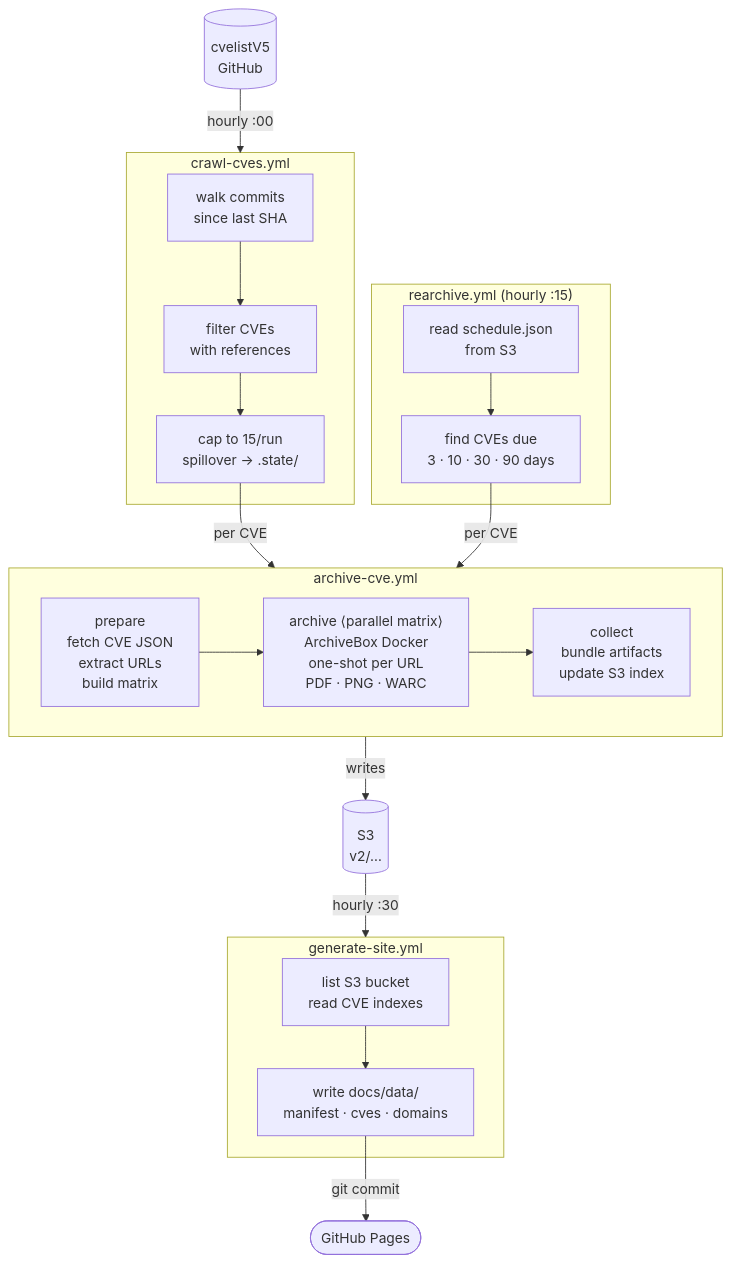
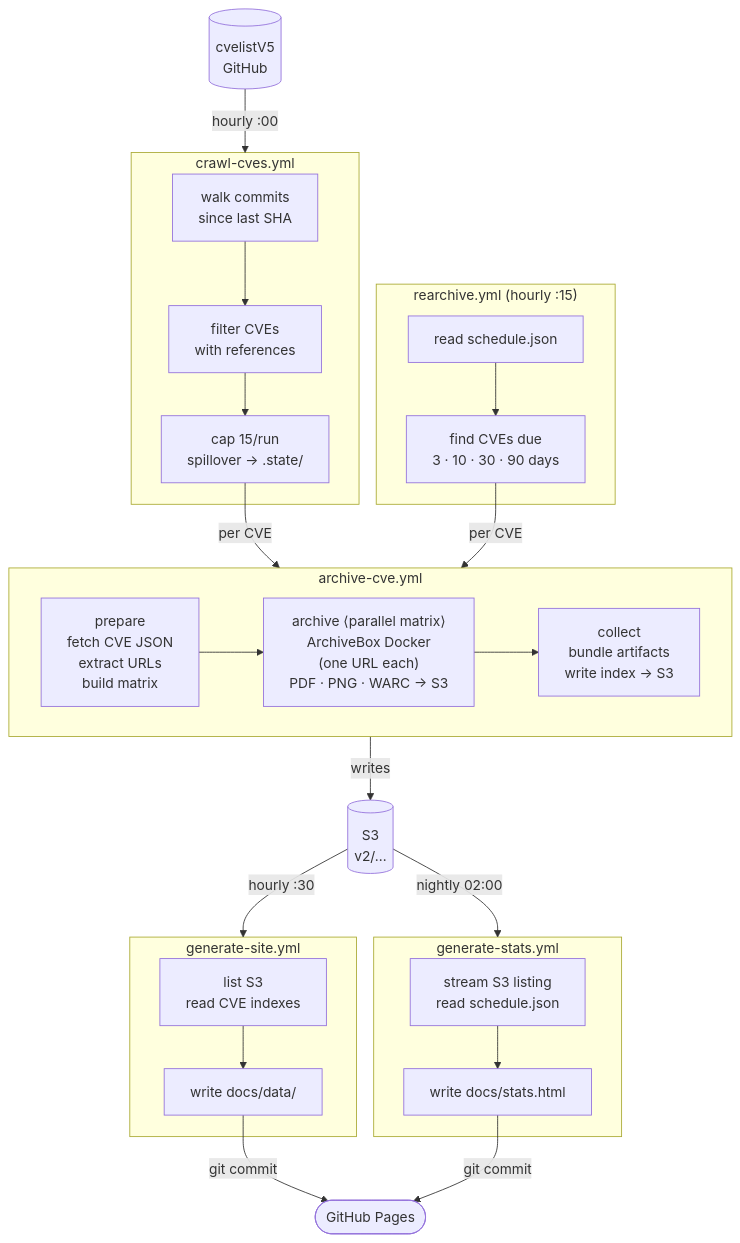
Before and after one commit to VulnCorps/refgha: the diagram in README.md, drawn with Mermaid. The commit also changed other lines of this file and 1 other file, not shown here.

Commit message:
docs: lean README with Mermaid architecture + clean DEV.md

````diff
--- a/README.md
+++ b/README.md
@@ -13,43 +11,67 @@
 ```mermaid
 flowchart TD
-    CVE[(cvelistV5\nGitHub)]
+    CVE[(cvelistV5
+ GitHub)]
 
     CVE -->|hourly :00| crawl
 
     subgraph crawl ["crawl-cves.yml"]
-        C1[walk commits\nsince last SHA]
-        C2[filter CVEs\nwith references]
-        C3[cap to 15/run\nspillover → .state/]
+        C1[walk commits
+ since last SHA]
+        C2[filter CVEs
+ with references]
+        C3[cap 15/run
+ spillover → .state/]
         C1 --> C2 --> C3
     end
 
     C3 -->|per CVE| archive
 
     subgraph rearchive ["rearchive.yml  (hourly :15)"]
-        R1[read schedule.json\nfrom S3]
-        R2[find CVEs due\n3 · 10 · 30 · 90 days]
+        R1[read schedule.json]
+        R2[find CVEs due
+ 3 · 10 · 30 · 90 days]
         R1 --> R2
     end
 
     R2 -->|per CVE| archive
 
     subgraph archive ["archive-cve.yml"]
         direction LR
-        P[prepare\nfetch CVE JSON\nextract URLs\nbuild matrix]
-        A["archive  ⟨parallel matrix⟩\nArchiveBox Docker\none-shot per URL\nPDF · PNG · WARC"]
-        K[collect\nbundle artifacts\nupdate S3 index]
+        P[prepare
+ fetch CVE JSON
+ extract URLs
+ build matrix]
+        A["archive  ⟨parallel matrix⟩
+ ArchiveBox Docker
+  (one URL each)
+ PDF · PNG · WARC → S3"]
+        K[collect
+ bundle artifacts
+ write index → S3]
         P --> A --> K
     end
 
-    K -->|writes| S3[(S3\nv2/…)]
+    K -->|writes| S3[(S3
+ v2/…)]
 
     S3 -->|hourly :30| site
+    S3 -->|nightly 02:00| stats
 
     subgraph site ["generate-site.yml"]
-        G1[list S3 bucket\nread CVE indexes]
-        G2[write docs/data/\nmanifest · cves · domains]
+        G1[list S3
+ read CVE indexes]
+        G2[write docs/data/]
         G1 --> G2
     end
 
+    subgraph stats ["generate-stats.yml"]
+        S2[stream S3 listing
+ read schedule.json]
+        S3b[write docs/stats.html]
+        S2 --> S3b
+    end
+
     G2 -->|git commit| Pages([GitHub Pages])
+    S3b -->|git commit| Pages
 ```
````
